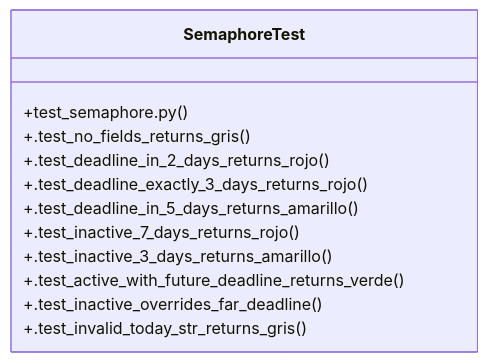
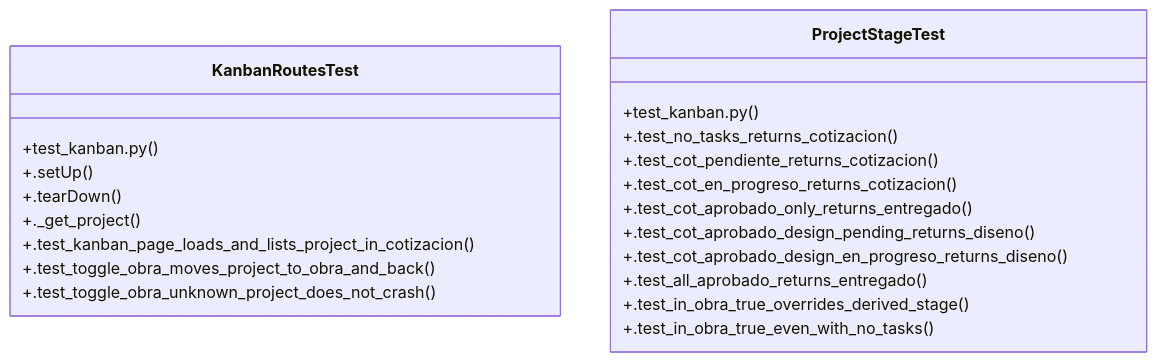
Before and after one commit to Daftrick/ProjectTracker: the diagram in graphify-out/wiki/Community_20.md, drawn with Mermaid. The commit also changed other lines of this file and 413 other files, not shown here.

````diff
--- a/graphify-out/wiki/Community_20.md
+++ b/graphify-out/wiki/Community_20.md
@@ -25,15 +32,24 @@
 ```mermaid
 classDiagram
-    class SemaphoreTest {
-        +test_semaphore.py()
-        +.test_no_fields_returns_gris()
-        +.test_deadline_in_2_days_returns_rojo()
-        +.test_deadline_exactly_3_days_returns_rojo()
-        +.test_deadline_in_5_days_returns_amarillo()
-        +.test_inactive_7_days_returns_rojo()
-        +.test_inactive_3_days_returns_amarillo()
-        +.test_active_with_future_deadline_returns_verde()
-        +.test_inactive_overrides_far_deadline()
-        +.test_invalid_today_str_returns_gris()
+    class KanbanRoutesTest {
+        +test_kanban.py()
+        +.setUp()
+        +.tearDown()
+        +._get_project()
+        +.test_kanban_page_loads_and_lists_project_in_cotizacion()
+        +.test_toggle_obra_moves_project_to_obra_and_back()
+        +.test_toggle_obra_unknown_project_does_not_crash()
+    }
+    class ProjectStageTest {
+        +test_kanban.py()
+        +.test_no_tasks_returns_cotizacion()
+        +.test_cot_pendiente_returns_cotizacion()
+        +.test_cot_en_progreso_returns_cotizacion()
+        +.test_cot_aprobado_only_returns_entregado()
+        +.test_cot_aprobado_design_pending_returns_diseno()
+        +.test_cot_aprobado_design_en_progreso_returns_diseno()
+        +.test_all_aprobado_returns_entregado()
+        +.test_in_obra_true_overrides_derived_stage()
+        +.test_in_obra_true_even_with_no_tasks()
     }
 ```
````
